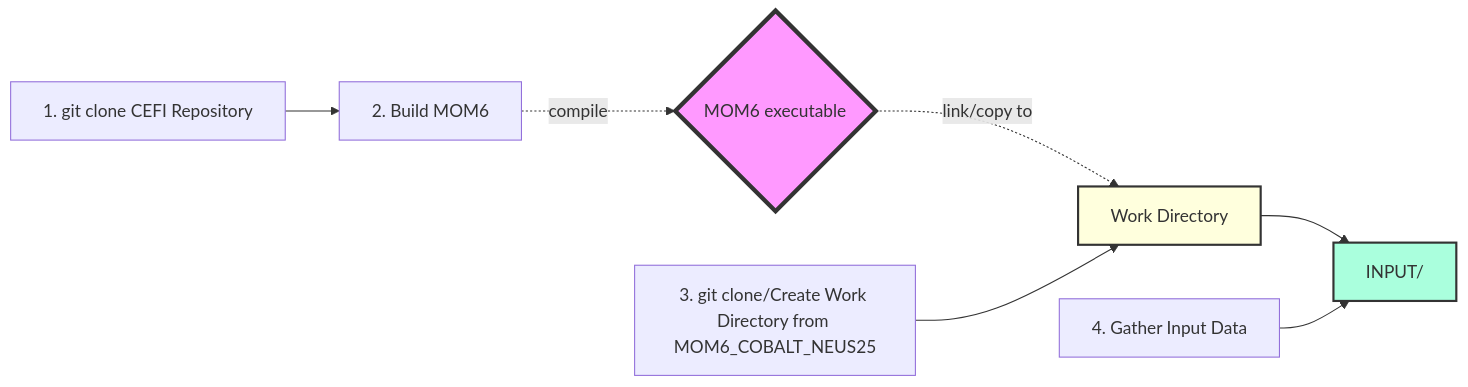
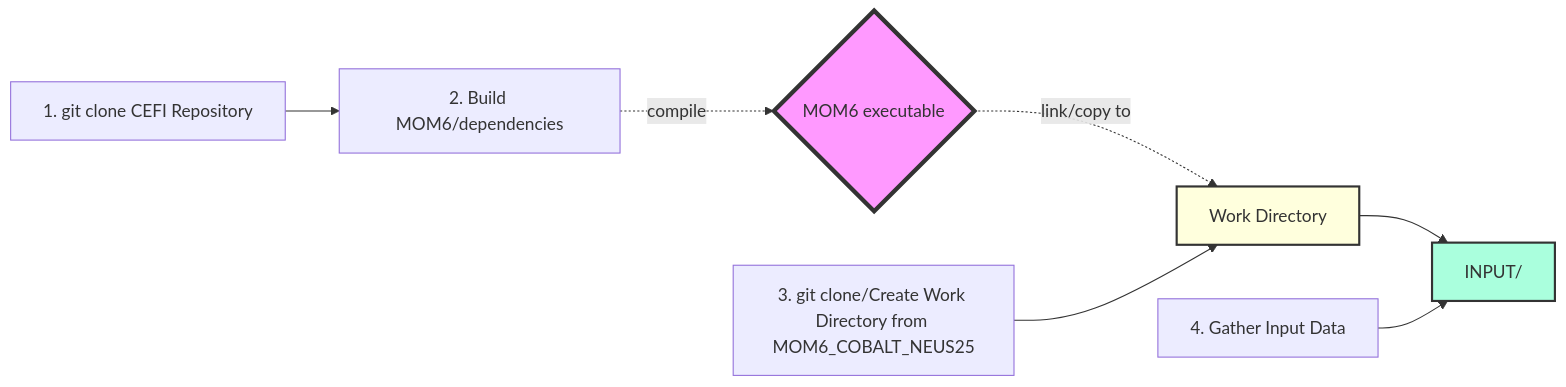
One commit to dksasaki/MOM6_COBALT_NEUS25 changed the first of 2 diagrams in README2.md. Above: the diagram before and after it, drawn with Mermaid.

Commit message:
minor changes

````diff
--- a/README2.md
+++ b/README2.md
@@ -19,18 +19,18 @@
 ```mermaid
 flowchart LR
-    A[1. git clone CEFI Repository] --> B[2. Build MOM6]
+    A[1. git clone CEFI Repository] --> B[2. Build MOM6/dependencies]
     B -.-> |compile| C{MOM6 executable}
     
     D[3. git clone/Create Work Directory from MOM6_COBALT_NEUS25]
     C -.-> |link/copy to| E[Work Directory]
     D --> E
     
     E --> H
     %% F[4. Gather Input Data <br/> <br/>Static Files<br/>- Grid<br/>- Initial Conditions<br/>- Auxiliary Files <br/> <br/>Forcing Files<br/>- Atmosphere<br/>- Ocean BC<br/>- Rivers]
     F[4. Gather Input Data ]
     F --> H[INPUT/]
     
     style C fill:#f9f,stroke:#333,stroke-width:4px
     style H fill:#afd,stroke:#333,stroke-width:2px
     style E fill:#ffd,stroke:#333,stroke-width:2px
 ```
````
